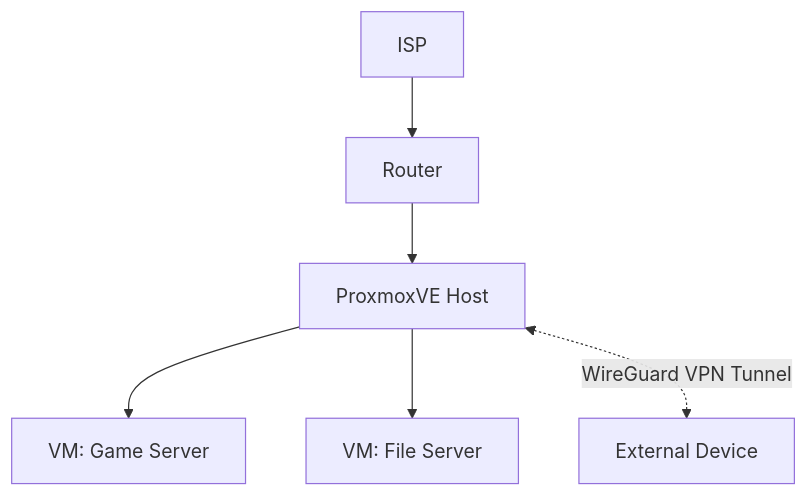
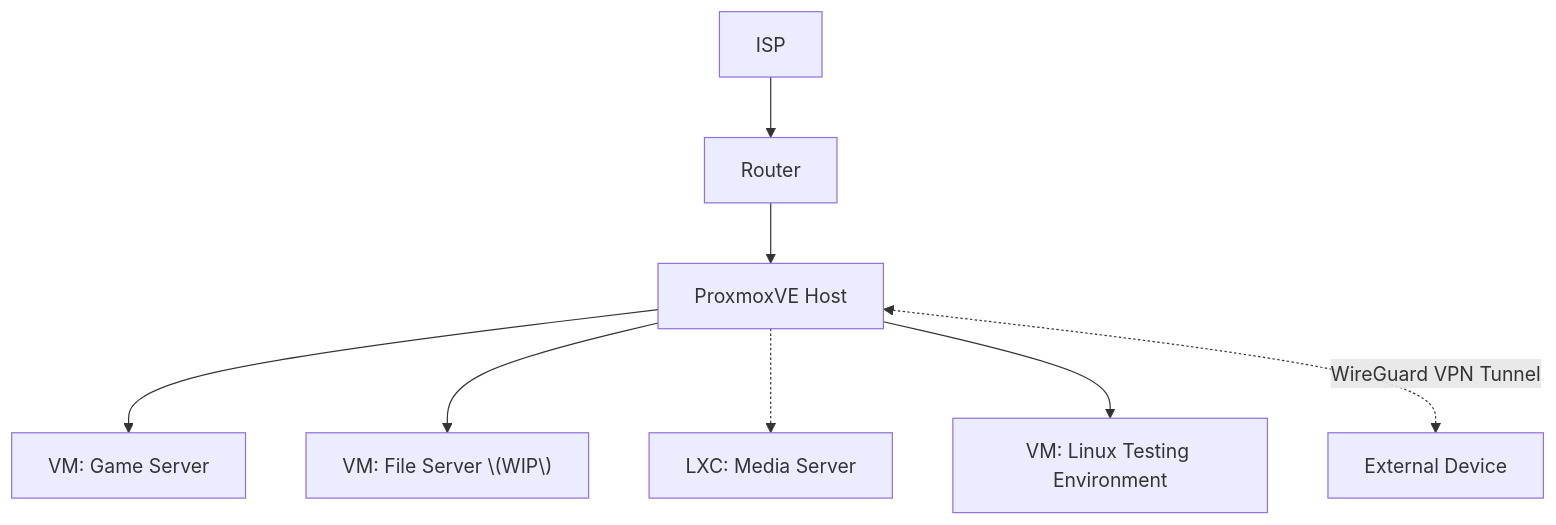
Before and after one commit to jason-yi4/proxmox-homelab: the diagram in network_infrastructure.md, drawn with Mermaid.

Commit message:
Update network diagram with new server details

````diff
--- a/network_infrastructure.md
+++ b/network_infrastructure.md
@@ -3,11 +3,10 @@
 ```mermaid
 graph TD
     A[ISP] --> B[Router]
     B --> C[ProxmoxVE Host]
-    
-    C --> D1[VM: Game Server]
-    C --> D2[VM: File Server]
-    
+    C --> D1["VM: Game Server"]
+    C --> D2["VM: File Server \(WIP\)"]
+    C -.-> D3["LXC: Media Server"]
+    C --> D4["VM: Linux Testing Environment"]
     C <-.->|WireGuard VPN Tunnel| E[External Device]
-
 ```
````
